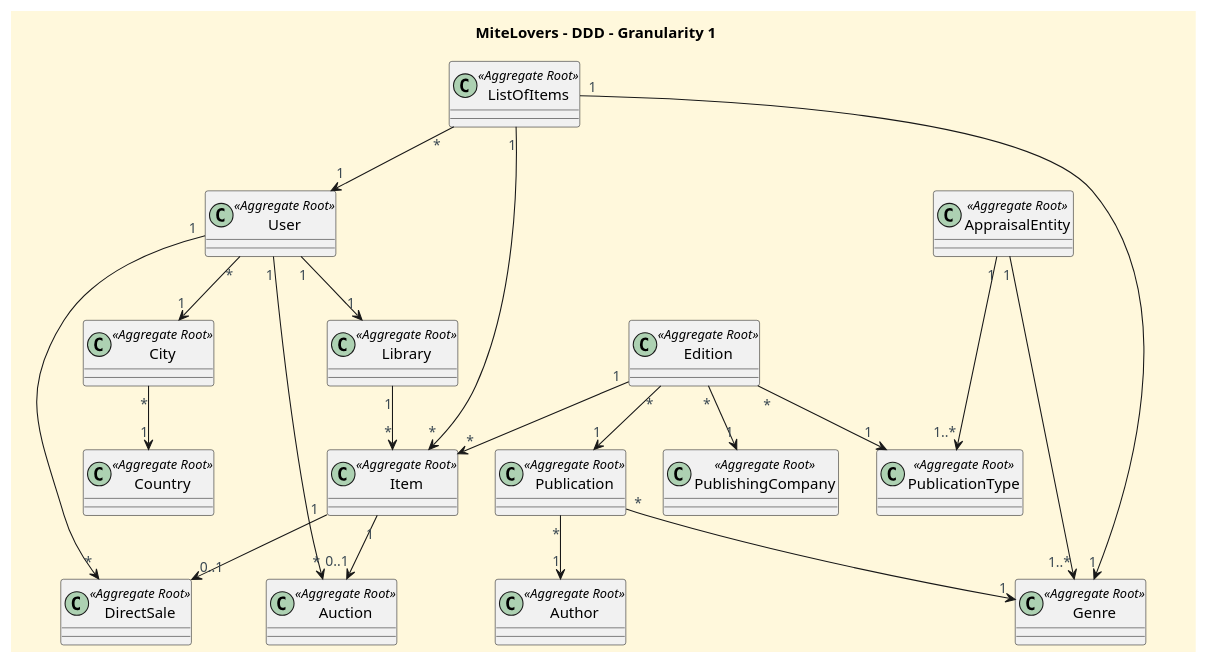
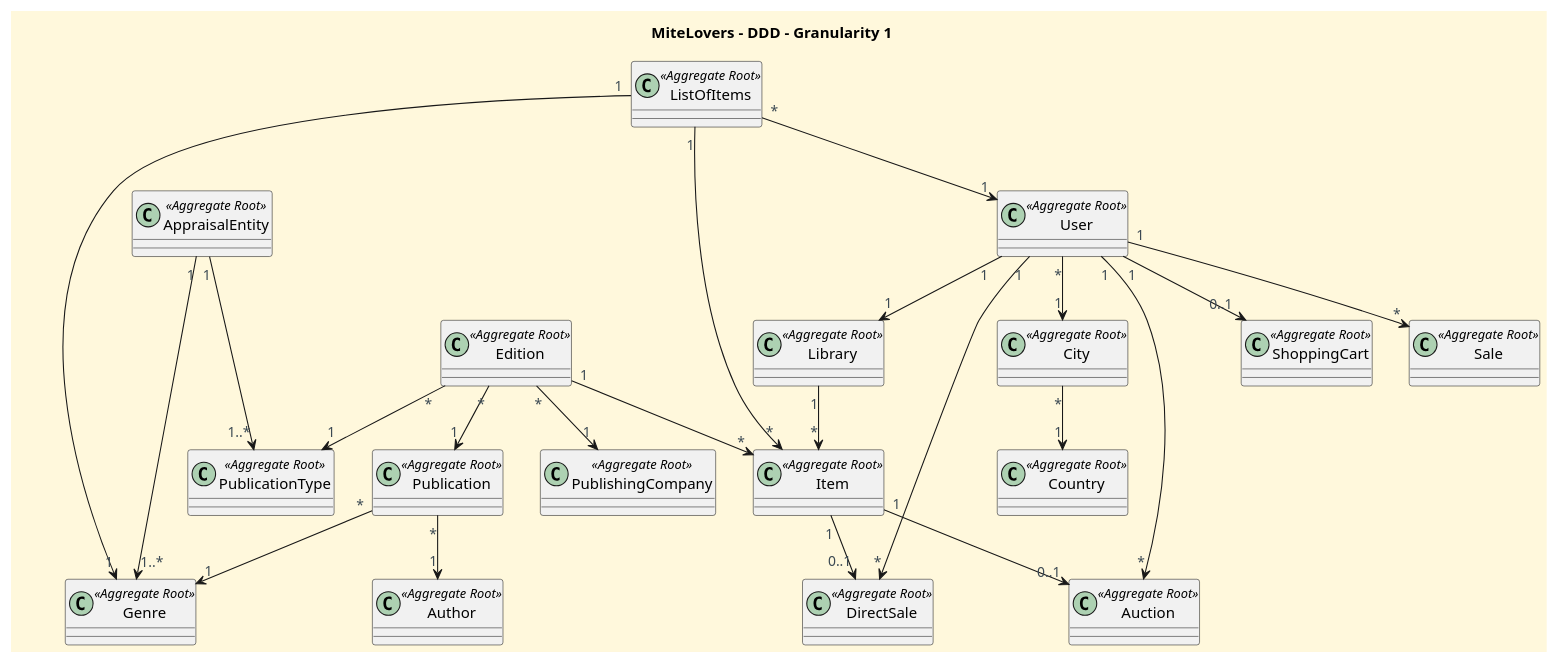
One commit to CarolinaLeite-collab/JavaMarketplacePlatform changed the diagram in docs/global-artifacts/DDD-G1.puml. Above: the diagram before and after it, drawn with PlantUML. The commit also changed 2 other files, not shown here.

Commit message:
docs: Update the DDD documentation to include the new ShoppingCart and Sale concepts required for US058. #1050

```diff
--- a/docs/global-artifacts/DDD-G1.puml
+++ b/docs/global-artifacts/DDD-G1.puml
@@ -1,94 +1,100 @@
 @startuml
 'https://plantuml.com/class-diagram
 
 '==== Title ====
 title MiteLovers – DDD - Granularity 1
 top to bottom direction
 
 '==== basic style ====
 
 'hides unwanted text
 
 skinparam monochrome false
 
 skinparam monochrome false
 skinparam shadowing false
 skinparam defaultFontName Futura
 skinparam objectFontSize 20
 skinparam backgroundColor CornSilk
 skinparam objectBackgroundColor WhiteSmoke
 skinparam noteBackgroundColor #FFFFE0
 skinparam ArrowFontColor #3B4953
 skinparam ActivationBackgroundColor black
 skinparam classAttributeIconSize 0
 
 '--- undefined objects ---'
 skinparam object {
   BackgroundColor<<highlight>> 91C6BCAA
   BorderColor<<highlight>> 4B9DA9AA
   FontColor<<highlight>> 547792AA
 }
 skinparam shadowing<<highlight>> false
 
 '--- Objects - Aggregate Roots ---'
 
 
 class User <<Aggregate Root>>
 class Library <<Aggregate Root>> {}
 class ListOfItems <<Aggregate Root>> {}
 class Item <<Aggregate Root>> {}
 class City <<Aggregate Root>> {}
 class Country <<Aggregate Root>> {}
 class DirectSale <<Aggregate Root>> {}
 class Auction <<Aggregate Root>> {}
 'class Bid <<Entity>> {}
 class Edition <<Aggregate Root>> {}
 class PublishingCompany <<Aggregate Root>> {}
 class Publication <<Aggregate Root>> {}
 class Author <<Aggregate Root>> {}
 class PublicationType <<Aggregate Root>>  {}
 class Genre <<Aggregate Root>> {}
 class AppraisalEntity <<Aggregate Root>> {}
+class ShoppingCart <<Aggregate Root>> {}
+class Sale <<Aggregate Root>> {}
 
 '=== Correlations ==='
 
 '--- Edition ---'
 Edition "*" --> "1" PublishingCompany
 Edition "*" --> "1" Publication
 Edition "1" --> "*" Item
 Edition "*" --> "1" PublicationType
 
 '--- Item ---'
 Library "1" --> "*" Item
 ListOfItems "1" --> "*" Item
 
 '--- ListOfItems ---'
 ListOfItems "*" --> "1" User
 ListOfItems "1" --> "1" Genre
 
 '--- User ---'
 User "*" --> "1" City
 User "1" --> "1" Library
 'User "1" --> "*" Bid
 User "1" --> "*" Auction
 User "1" --> "*" DirectSale
+User "1" --> "0..1" ShoppingCart
 
 '--- Publication ---'
 Publication "*" --> "1" Author
 Publication "*" --> "1" Genre
 
 '--- AppraisalEntity ---'
 AppraisalEntity "1" --> "1..*" PublicationType
 AppraisalEntity "1" ----> "1..*" Genre
 
 '--- Listing ---'
 Item "1" --> "0..1" Auction
 Item "1" --> "0..1" DirectSale
 'Auction "1" --> "*" Bid
 
 '--- City ---'
 City "*" --> "1" Country
 
+'--- ShoppingCarte ---'
+'--- Sale ---'
+User "1" --> "*" Sale
 
 
 @enduml
```
